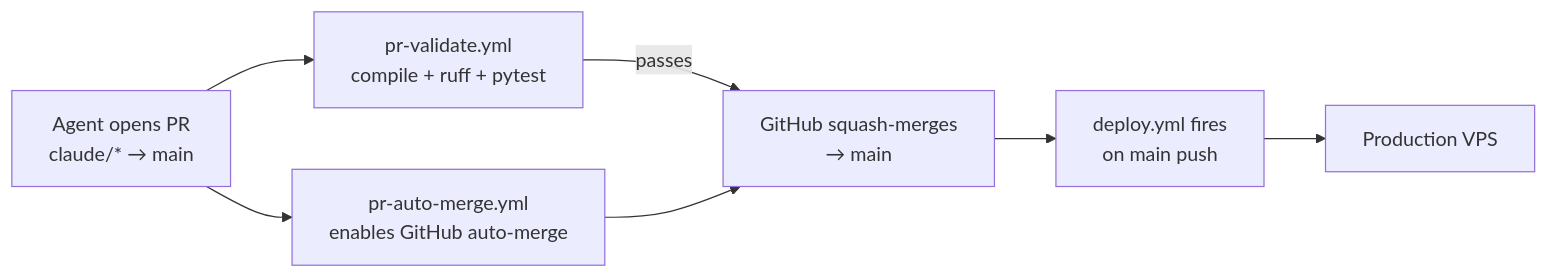
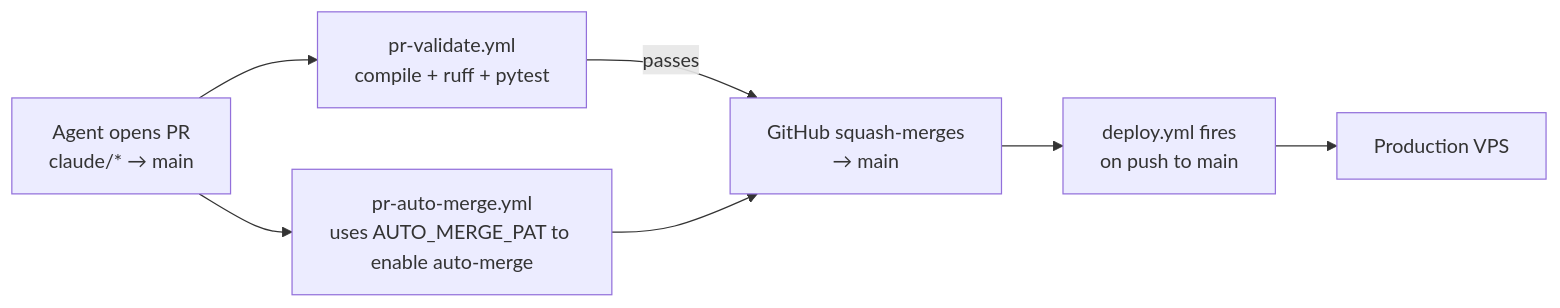
One commit to Kjdragan/universal_agent changed the diagram in docs/deployment/ci_cd_pipeline.md. Above: the diagram before and after it, drawn with Mermaid. The commit also changed other lines of this file and 4 other files, not shown here.

First line of the commit message:
docs+ci(deploy): document PAT-fixed auto-merge chain + add concurrency guard

````diff
--- a/docs/deployment/ci_cd_pipeline.md
+++ b/docs/deployment/ci_cd_pipeline.md
@@ -31,9 +32,9 @@
 ```mermaid
 flowchart LR
     A[Agent opens PR<br/>claude/* → main] --> B[pr-validate.yml<br/>compile + ruff + pytest]
-    A --> C[pr-auto-merge.yml<br/>enables GitHub auto-merge]
+    A --> C[pr-auto-merge.yml<br/>uses AUTO_MERGE_PAT to enable auto-merge]
     B -->|passes| D[GitHub squash-merges<br/>→ main]
     C --> D
-    D --> E[deploy.yml fires<br/>on main push]
+    D --> E[deploy.yml fires<br/>on push to main]
     E --> F[Production VPS]
 ```
````
